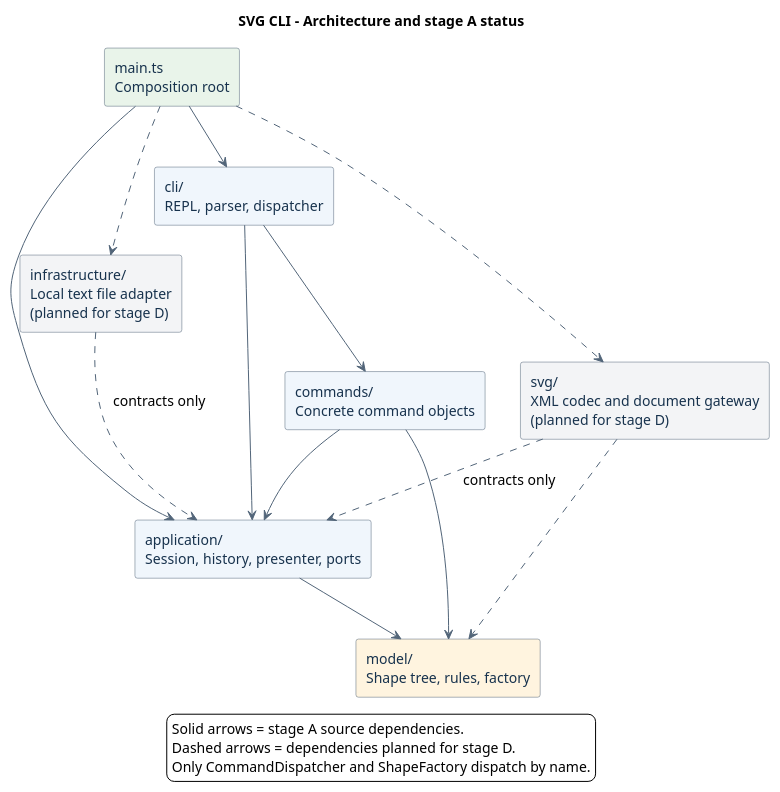
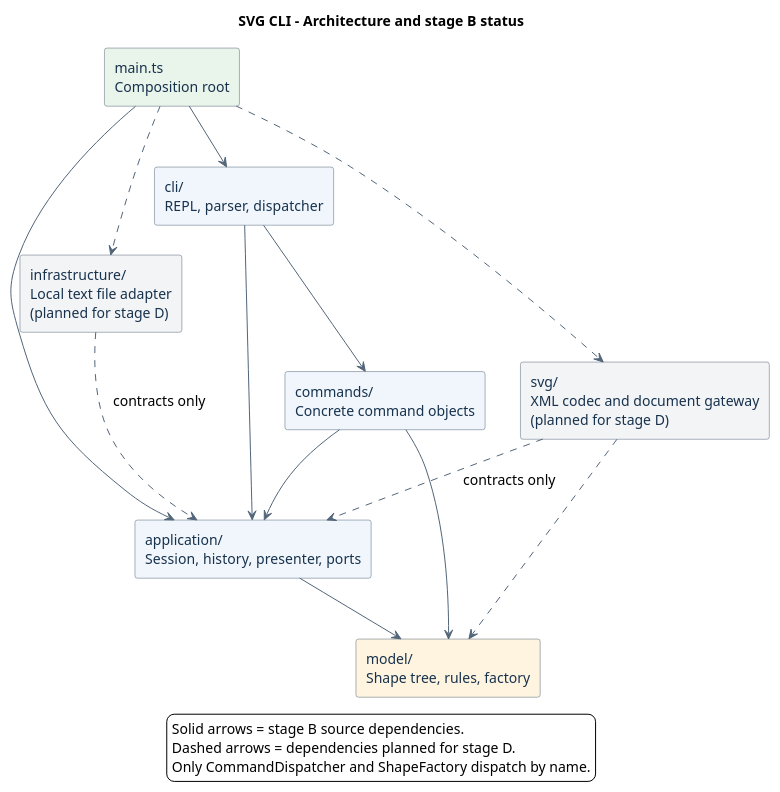
Before and after one commit to tsx543/svg-editor: the diagram in doc/architecture.puml, drawn with PlantUML. The commit also changed 4 other files, not shown here.

Commit message:
docs: record stage B validation and architecture review

```diff
--- a/doc/architecture.puml
+++ b/doc/architecture.puml
@@ -1,42 +1,42 @@
 @startuml
-title SVG CLI - Architecture and stage A status
+title SVG CLI - Architecture and stage B status
 top to bottom direction
 skinparam componentStyle rectangle
 skinparam shadowing false
 skinparam backgroundColor #FFFFFF
 skinparam defaultFontName SansSerif
 skinparam defaultFontSize 14
 skinparam ArrowColor #526579
 skinparam component {
   BackgroundColor #F0F6FC
   BorderColor #526579
   FontColor #17324D
 }
 
 component "main.ts\nComposition root" as Main #E9F4EA
 component "cli/\nREPL, parser, dispatcher" as Cli
 component "commands/\nConcrete command objects" as Commands
 component "application/\nSession, history, presenter, ports" as Application
 component "model/\nShape tree, rules, factory" as Model #FFF4DF
 component "svg/\nXML codec and document gateway\n(planned for stage D)" as Svg #F3F4F6
 component "infrastructure/\nLocal text file adapter\n(planned for stage D)" as Infrastructure #F3F4F6
 
 Main --> Cli
 Main --> Application
 Main ..> Svg
 Main ..> Infrastructure
 Cli --> Commands
 Cli --> Application
 Commands --> Application
 Commands --> Model
 Application --> Model
 Svg ..> Model
 Svg ..> Application : contracts only
 Infrastructure ..> Application : contracts only
 
 legend bottom
-  Solid arrows = stage A source dependencies.
+  Solid arrows = stage B source dependencies.
   Dashed arrows = dependencies planned for stage D.
   Only CommandDispatcher and ShapeFactory dispatch by name.
 endlegend
 @enduml
```
